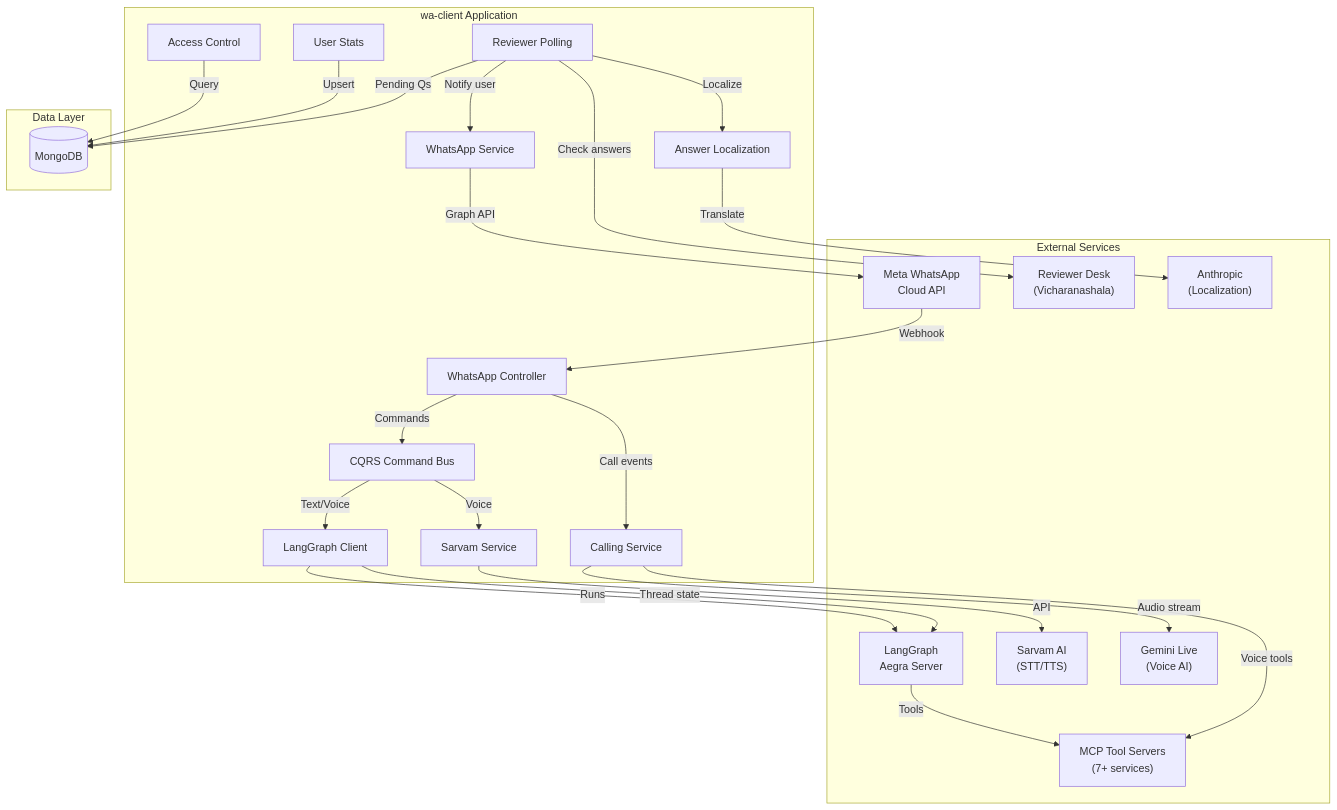
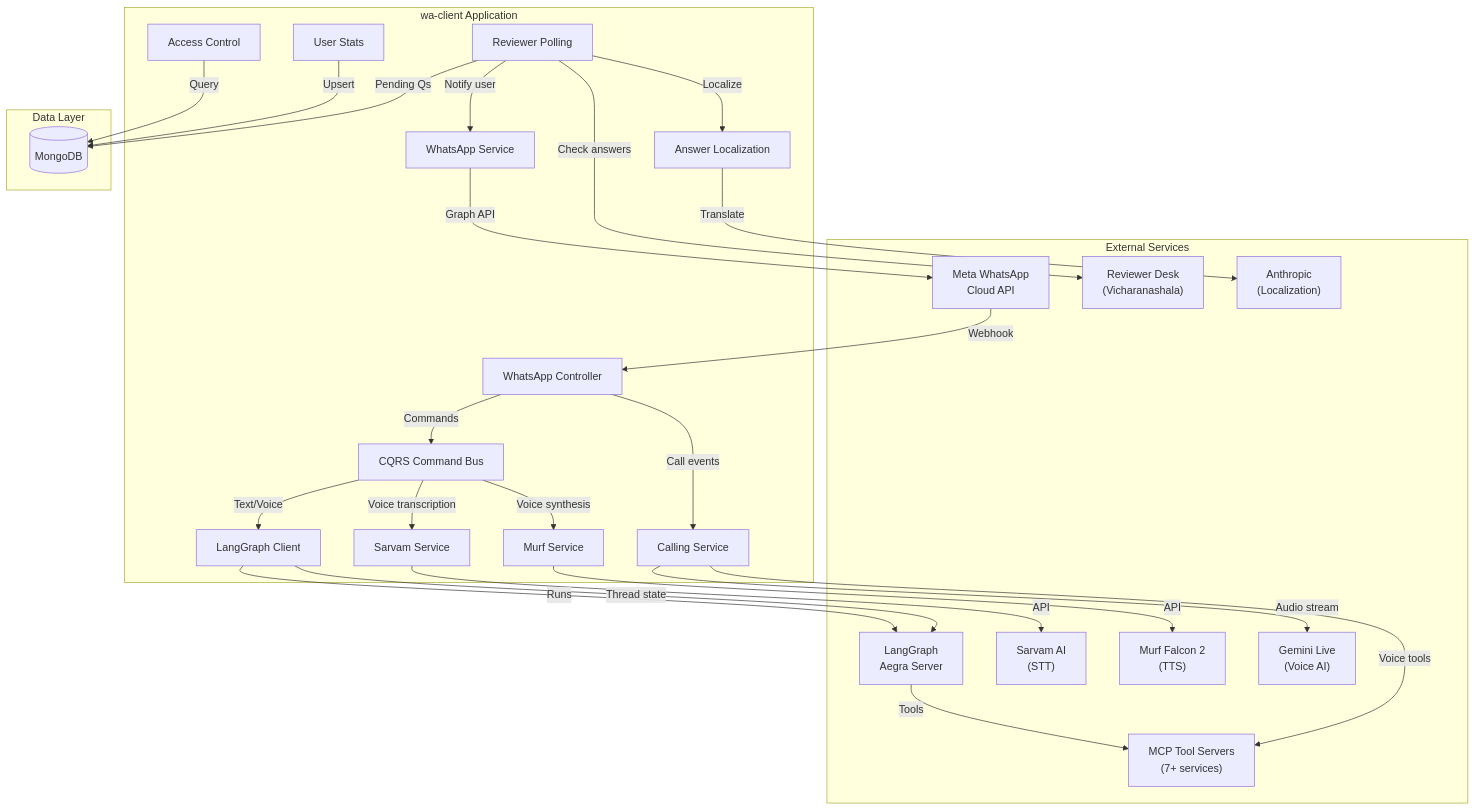
The first of 7 diagrams in docs/architecture.md (vicharanashala/wa-client), drawn with Mermaid before and after one commit. The commit also changed other lines of this file and 18 other files, not shown here.

Commit message:
feat: replace Sarvam TTS with Murf Falcon

````diff
--- a/docs/architecture.md
+++ b/docs/architecture.md
@@ -31,49 +32,53 @@
 ```mermaid
 graph TB
     subgraph "External Services"
         META["Meta WhatsApp<br/>Cloud API"]
         AEGRA["LangGraph<br/>Aegra Server"]
         MCP["MCP Tool Servers<br/>(7+ services)"]
         REVIEWER["Reviewer Desk<br/>(Vicharanashala)"]
-        SARVAM["Sarvam AI<br/>(STT/TTS)"]
+        SARVAM["Sarvam AI<br/>(STT)"]
+        MURF["Murf Falcon 2<br/>(TTS)"]
         GEMINI["Gemini Live<br/>(Voice AI)"]
         ANTHROPIC["Anthropic<br/>(Localization)"]
     end
 
     subgraph "wa-client Application"
         CTRL["WhatsApp Controller"]
         CMD["CQRS Command Bus"]
         LANG["LangGraph Client"]
         CALL["Calling Service"]
         POLL["Reviewer Polling"]
         WA_SVC["WhatsApp Service"]
         SARVAM_SVC["Sarvam Service"]
+        MURF_SVC["Murf Service"]
         ACC["Access Control"]
         STATS["User Stats"]
         LOCALIZE["Answer Localization"]
     end
 
     subgraph "Data Layer"
         MONGO[("MongoDB")]
     end
 
     META -->|Webhook| CTRL
     CTRL -->|Commands| CMD
     CTRL -->|Call events| CALL
     CMD -->|Text/Voice| LANG
-    CMD -->|Voice| SARVAM_SVC
+    CMD -->|Voice transcription| SARVAM_SVC
+    CMD -->|Voice synthesis| MURF_SVC
     LANG -->|Runs| AEGRA
     AEGRA -->|Tools| MCP
     CALL -->|Audio stream| GEMINI
     CALL -->|Voice tools| MCP
     POLL -->|Check answers| REVIEWER
     POLL -->|Localize| LOCALIZE
     LOCALIZE -->|Translate| ANTHROPIC
     POLL -->|Notify user| WA_SVC
     WA_SVC -->|Graph API| META
     SARVAM_SVC -->|API| SARVAM
+    MURF_SVC -->|API| MURF
     ACC -->|Query| MONGO
     STATS -->|Upsert| MONGO
     POLL -->|Pending Qs| MONGO
     LANG -->|Thread state| AEGRA
 ```
````
